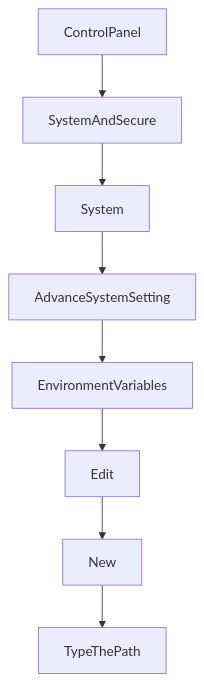
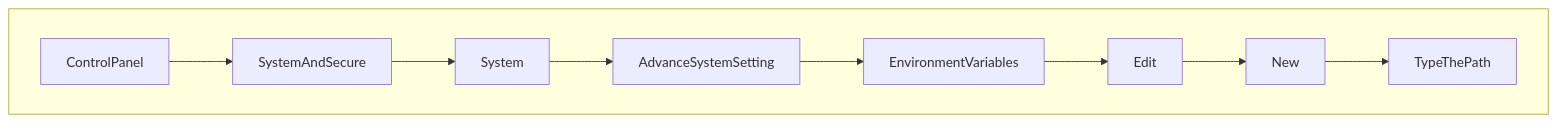
Before and after one commit to Kietpawpan/Apache: the diagram in README.md, drawn with Mermaid.

````diff
--- a/README.md
+++ b/README.md
@@ -8,11 +8,14 @@
 ```mermaid
-graph TD;
-direction LR;
+
+flowchart TD
+subgraph Z[" "]
+direction LR
     ControlPanel-->SystemAndSecure;
     SystemAndSecure-->System;
     System-->AdvanceSystemSetting;
     AdvanceSystemSetting-->EnvironmentVariables;
     EnvironmentVariables-->Edit;
     Edit-->New;
     New-->TypeThePath;
+end
 ```
````
